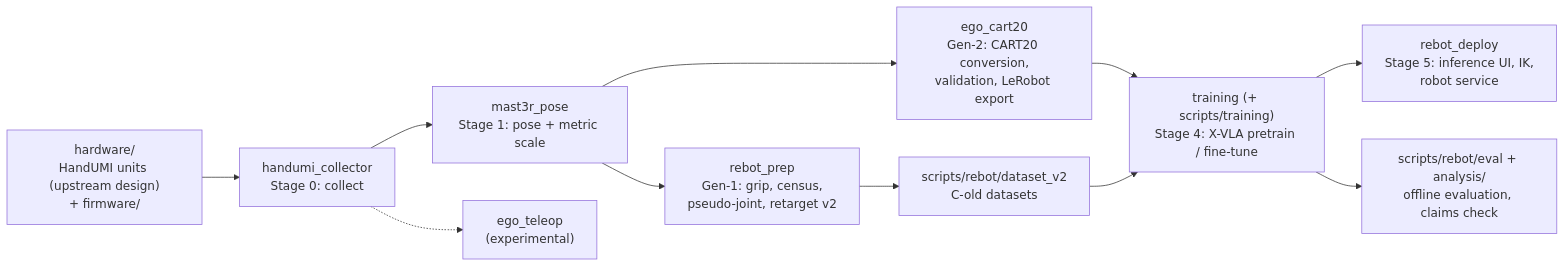
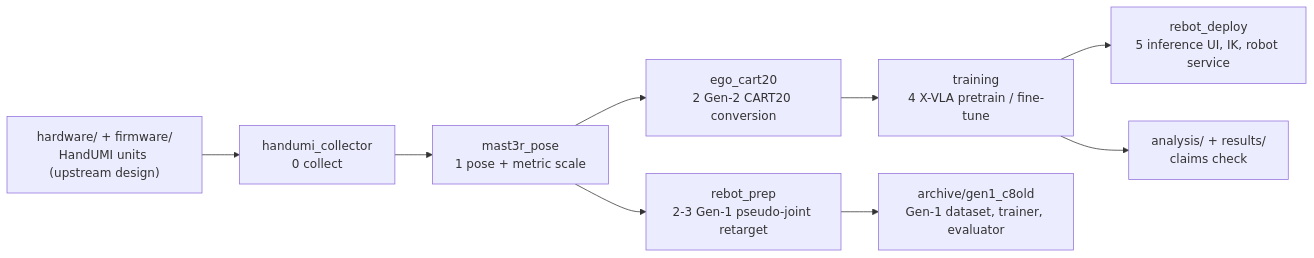
Before and after one commit to physical-ai-robot-learning/egocentric-cube-stacking: the diagram in README.md, drawn with Mermaid. The commit also changed other lines of this file and 76 other files, not shown here.

First line of the commit message:
Docs: README to the org skeleton (result box, repository map, pipeline, install), docs/results.md, docs/refactor_2026-11.md, per-folder READMEs, archive index; CI for the new layout; report v5.2 (code map), partial v4 documents to report/archive/; checker file list follows the moved text

````diff
--- a/README.md
+++ b/README.md
@@ -46,13 +94,11 @@
 ```mermaid
 flowchart LR
-  HW["hardware/<br/>HandUMI units (upstream design)<br/>+ firmware/"] --> C["handumi_collector<br/>Stage 0: collect"]
-  C --> P["mast3r_pose<br/>Stage 1: pose + metric scale"]
-  P --> G1["rebot_prep<br/>Gen-1: grip, census,<br/>pseudo-joint, retarget v2"]
-  P --> G2["ego_cart20<br/>Gen-2: CART20 conversion,<br/>validation, LeRobot export"]
-  G1 --> D1["scripts/rebot/dataset_v2<br/>C-old datasets"]
-  G2 --> T["training (+ scripts/training)<br/>Stage 4: X-VLA pretrain / fine-tune"]
-  D1 --> T
-  T --> DEP["rebot_deploy<br/>Stage 5: inference UI, IK,<br/>robot service"]
-  T --> EV["scripts/rebot/eval + analysis/<br/>offline evaluation, claims check"]
-  C -.-> X["ego_teleop<br/>(experimental)"]
+  HW["hardware/ + firmware/<br/>HandUMI units (upstream design)"] --> C["handumi_collector<br/>0 collect"]
+  C --> P["mast3r_pose<br/>1 pose + metric scale"]
+  P --> G2["ego_cart20<br/>2 Gen-2 CART20 conversion"]
+  P --> G1["rebot_prep<br/>2-3 Gen-1 pseudo-joint retarget"]
+  G2 --> T["training<br/>4 X-VLA pretrain / fine-tune"]
+  G1 --> A1["archive/gen1_c8old<br/>Gen-1 dataset, trainer, evaluator"]
+  T --> DEP["rebot_deploy<br/>5 inference UI, IK, robot service"]
+  T --> EV["analysis/ + results/<br/>claims check"]
 ```
````
